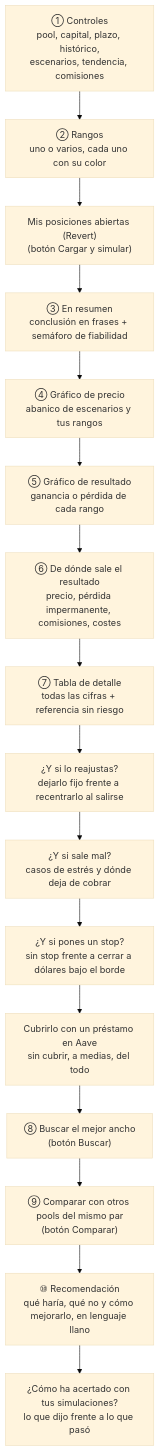
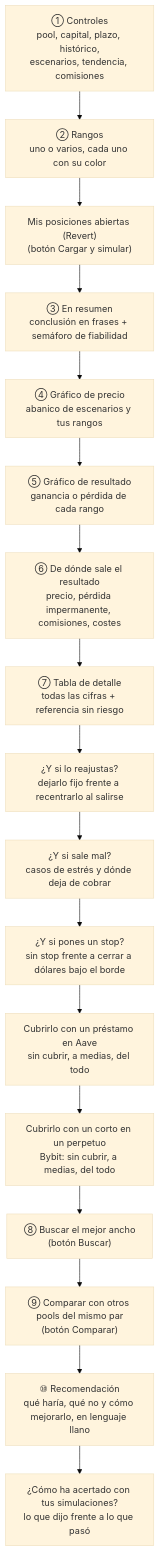
Before and after one commit to Caiico1/etapas-weinstein: the first of 7 diagrams in Guia Simulador.md, drawn with Mermaid (base theme). The commit also changed other lines of this file and 5 other files, not shown here.

Commit message:
Cobertura con un corto en perpetuo (Bybit), validada con el funding real; comisiones a 90–180 días revisadas sin corrección

````diff
--- a/Guia Simulador.md
+++ b/Guia Simulador.md
@@ -58,18 +58,19 @@
 ```mermaid
 flowchart TB
     A["① Controles<br/>pool, capital, plazo, histórico,<br/>escenarios, tendencia, comisiones"] --> B["② Rangos<br/>uno o varios, cada uno con su color"]
     B --> M["Mis posiciones abiertas (Revert)<br/>(botón Cargar y simular)"]
     M --> R["③ En resumen<br/>conclusión en frases + semáforo de fiabilidad"]
     R --> C["④ Gráfico de precio<br/>abanico de escenarios y tus rangos"]
     C --> D["⑤ Gráfico de resultado<br/>ganancia o pérdida de cada rango"]
     D --> G["⑥ De dónde sale el resultado<br/>precio, pérdida impermanente, comisiones, costes"]
     G --> E["⑦ Tabla de detalle<br/>todas las cifras + referencia sin riesgo"]
     E --> RJ["¿Y si lo reajustas?<br/>dejarlo fijo frente a recentrarlo al salirse"]
     RJ --> ES["¿Y si sale mal?<br/>casos de estrés y dónde deja de cobrar"]
     ES --> SL["¿Y si pones un stop?<br/>sin stop frente a cerrar a dólares bajo el borde"]
     SL --> CB["Cubrirlo con un préstamo en Aave<br/>sin cubrir, a medias, del todo"]
-    CB --> O["⑧ Buscar el mejor ancho<br/>(botón Buscar)"]
+    CB --> CP["Cubrirlo con un corto en un perpetuo<br/>Bybit: sin cubrir, a medias, del todo"]
+    CP --> O["⑧ Buscar el mejor ancho<br/>(botón Buscar)"]
     O --> P["⑨ Comparar con otros pools del mismo par<br/>(botón Comparar)"]
     P --> Q["⑩ Recomendación<br/>qué haría, qué no y cómo mejorarlo, en lenguaje llano"]
     Q --> HI["¿Cómo ha acertado con tus simulaciones?<br/>lo que dijo frente a lo que pasó"]
 ```
````
